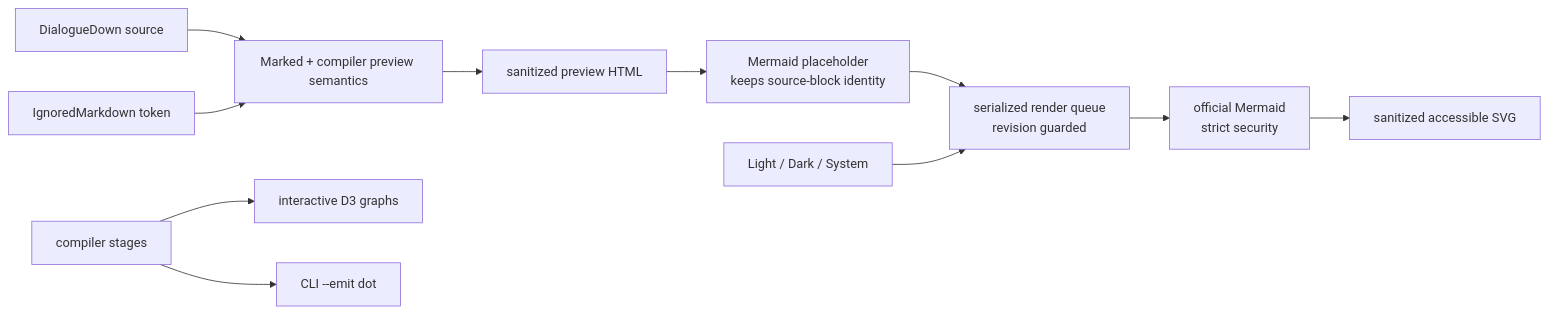
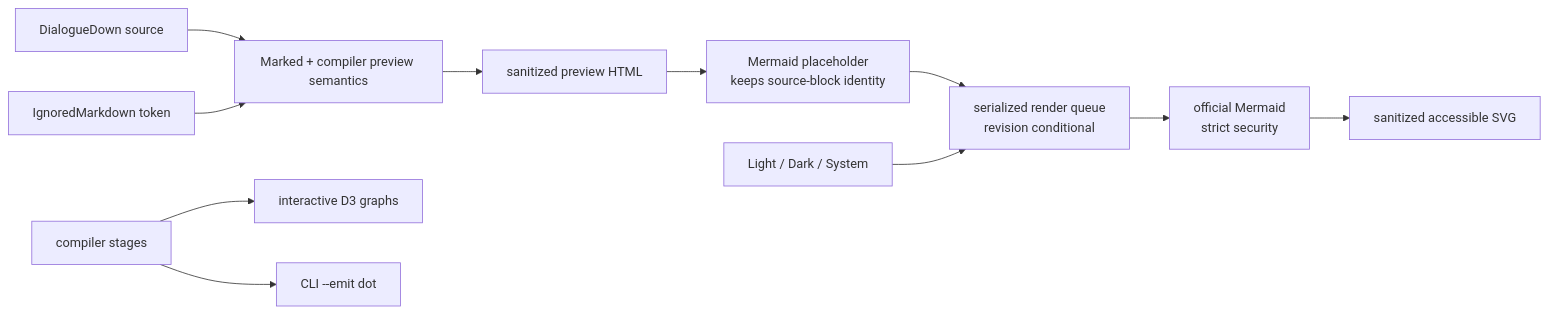
The diagram in docs/contributing/design-notes/Mermaid Authoring Diagrams.md (pengzhengyi/dialoguedown), drawn with Mermaid before and after one commit. The commit also changed 76 other files, not shown here.

First line of the commit message:
refactor(graph): unify guard and condition into one name (#316)

````diff
--- a/docs/contributing/design-notes/Mermaid Authoring Diagrams.md
+++ b/docs/contributing/design-notes/Mermaid Authoring Diagrams.md
@@ -80,15 +80,15 @@
 ```mermaid
 flowchart LR
     source["DialogueDown source"] --> marked["Marked + compiler preview semantics"]
     marked --> html["sanitized preview HTML"]
     html --> placeholder["Mermaid placeholder<br/>keeps source-block identity"]
-    placeholder --> queue["serialized render queue<br/>revision guarded"]
+    placeholder --> queue["serialized render queue<br/>revision conditional"]
     queue --> mermaid["official Mermaid<br/>strict security"]
     mermaid --> svg["sanitized accessible SVG"]
 
     tokens["IgnoredMarkdown token"] --> marked
     theme["Light / Dark / System"] --> queue
 
     stages["compiler stages"] --> d3["interactive D3 graphs"]
     stages --> dot["CLI --emit dot"]
 ```
````
